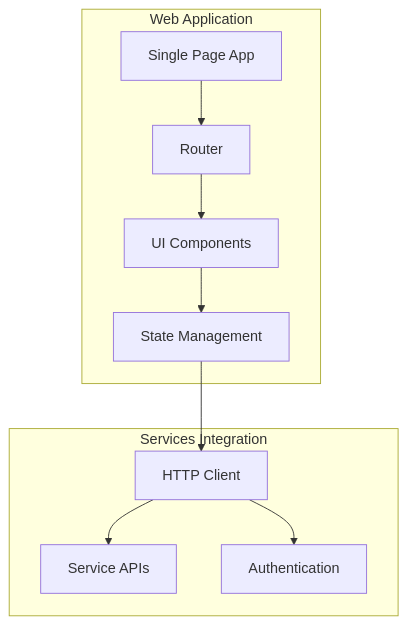
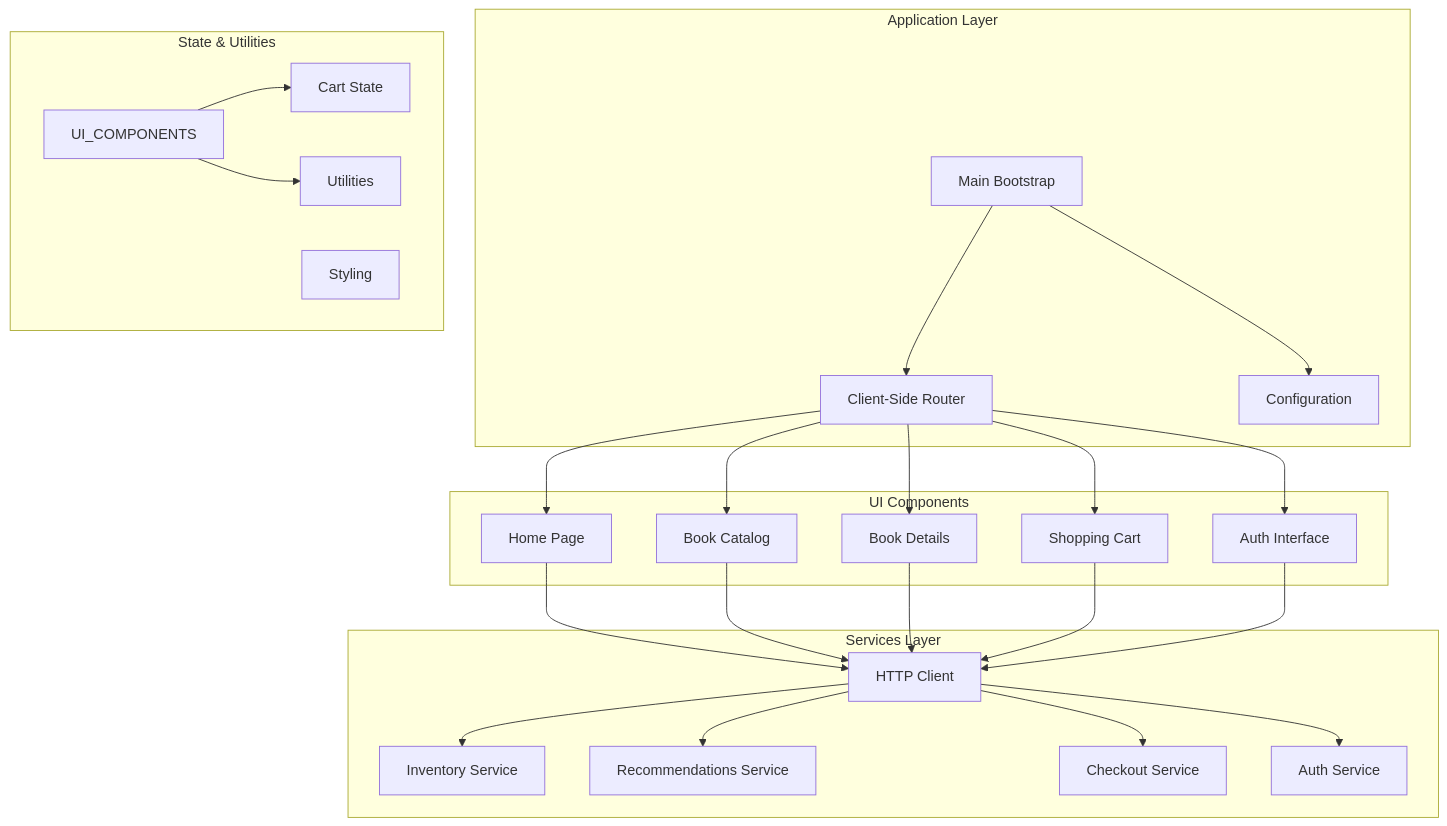
One commit to yonatanp-jfrog/bookverse-demo-init changed the fifth of 10 diagrams in docs/ARCHITECTURE.md. Above: the diagram before and after it, drawn with Mermaid. The commit also changed other lines of this file, not shown here.

Commit message:
fix: Replace oversimplified web app diagram with accurate modular architecture
- Remove generic 'Single Page App' representation
- Add detailed view showing actual modular structure:
  * Application Layer (Bootstrap, Router, Config)
  * UI Components (Home, Catalog, Book Details, Cart, Auth)
  * Services Layer (HTTP Client + dedicated service clients)
  * State & Utilities (Cart state, Utils, Styling)
- Reflect actual file structure and component organization
- Show proper separation between UI components and service integration
- Accurately represent vanilla JavaScript modular architecture without frameworks

````diff
--- a/docs/ARCHITECTURE.md
+++ b/docs/ARCHITECTURE.md
@@ -215,23 +215,53 @@
 ```mermaid
 graph TB
-    subgraph "Web Application"
-        SPA[Single Page App]
-        RT[Router]
-        ST[State Management]
-        UI[UI Components]
+    subgraph "Application Layer"
+        MAIN[Main Bootstrap]
+        ROUTER[Client-Side Router]
+        CONFIG[Configuration]
         
-        SPA --> RT
-        RT --> UI
-        UI --> ST
+        MAIN --> ROUTER
+        MAIN --> CONFIG
     end
     
-    subgraph "Services Integration"
+    subgraph "UI Components"
+        HOME[Home Page]
+        CATALOG[Book Catalog]
+        BOOK[Book Details]
+        CART[Shopping Cart]
+        AUTH_UI[Auth Interface]
+        
+        ROUTER --> HOME
+        ROUTER --> CATALOG
+        ROUTER --> BOOK
+        ROUTER --> CART
+        ROUTER --> AUTH_UI
+    end
+    
+    subgraph "Services Layer"
         HTTP[HTTP Client]
-        API[Service APIs]
-        AUTH[Authentication]
+        INV_SVC[Inventory Service]
+        REC_SVC[Recommendations Service]
+        CHK_SVC[Checkout Service]
+        AUTH_SVC[Auth Service]
         
-        ST --> HTTP
-        HTTP --> API
-        HTTP --> AUTH
+        HTTP --> INV_SVC
+        HTTP --> REC_SVC
+        HTTP --> CHK_SVC
+        HTTP --> AUTH_SVC
     end
+    
+    subgraph "State & Utilities"
+        CART_STORE[Cart State]
+        UTILS[Utilities]
+        THEME[Styling]
+        
+        UI_COMPONENTS --> CART_STORE
+        UI_COMPONENTS --> UTILS
+    end
+    
+    HOME --> HTTP
+    CATALOG --> HTTP
+    BOOK --> HTTP
+    CART --> HTTP
+    AUTH_UI --> HTTP
 ```
````
